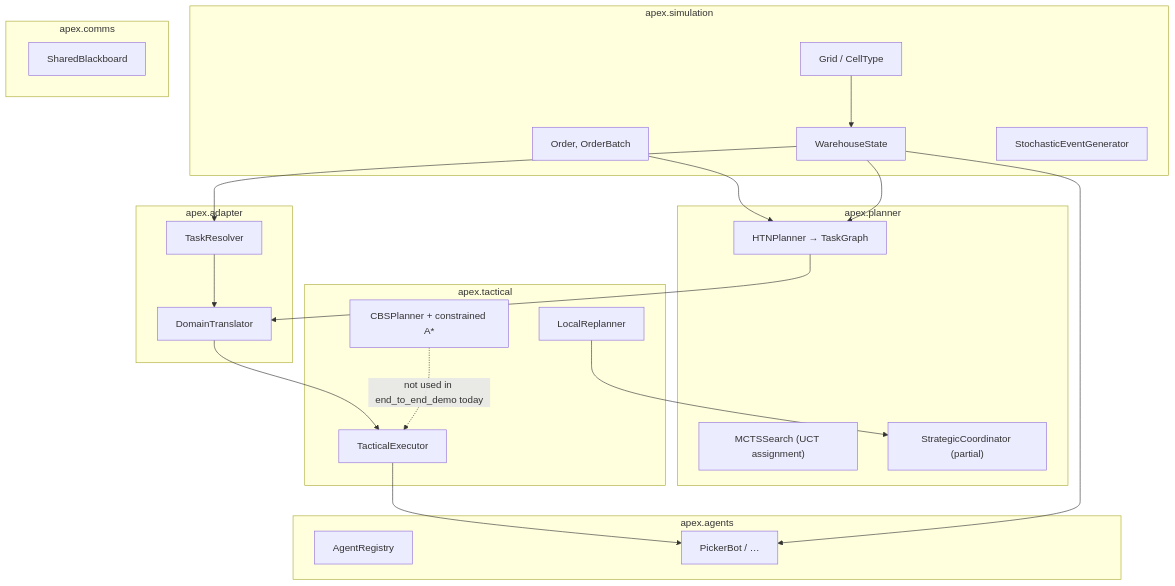
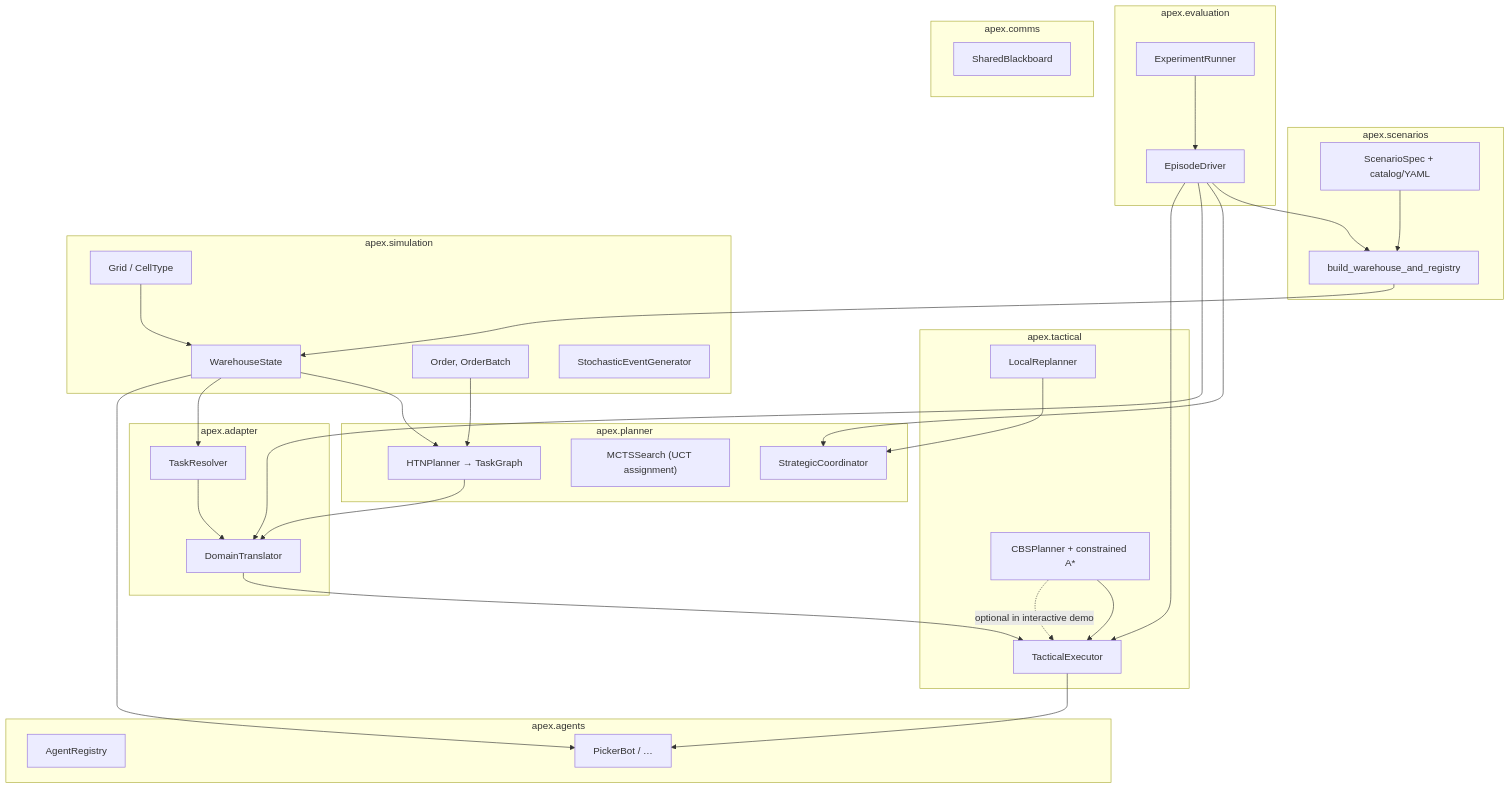
Before and after one commit to kmn01/APEX: the diagram in docs/Codebase_Guide.md, drawn with Mermaid. The commit also changed other lines of this file and 29 other files, not shown here.

Commit message:
Add video recording capability and suite of evaluation test scenarios. Fix bugs.

````diff
--- a/docs/Codebase_Guide.md
+++ b/docs/Codebase_Guide.md
@@ -36,47 +36,65 @@
 ```mermaid
 flowchart TB
+  subgraph scen["apex.scenarios"]
+    Spec["ScenarioSpec + catalog/YAML"]
+    Bld["build_warehouse_and_registry"]
+  end
+
   subgraph sim["apex.simulation"]
     Grid["Grid / CellType"]
     WS["WarehouseState"]
     Ord["Order, OrderBatch"]
     Ev["StochasticEventGenerator"]
   end
 
   subgraph plan["apex.planner"]
     HTN["HTNPlanner → TaskGraph"]
     MCTS["MCTSSearch (UCT assignment)"]
-    Coord["StrategicCoordinator (partial)"]
+    Coord["StrategicCoordinator"]
   end
 
   subgraph adapt["apex.adapter"]
     Res["TaskResolver"]
     Tr["DomainTranslator"]
   end
 
   subgraph tact["apex.tactical"]
     Ex["TacticalExecutor"]
     PF["CBSPlanner + constrained A*"]
     Rep["LocalReplanner"]
+  end
+
+  subgraph ev["apex.evaluation"]
+    Ep["EpisodeDriver"]
+    Run["ExperimentRunner"]
   end
 
   subgraph ag["apex.agents"]
     Reg["AgentRegistry"]
     Bot["PickerBot / …"]
   end
 
   subgraph com["apex.comms"]
     BB["SharedBlackboard"]
   end
 
   Ord --> HTN
   WS --> HTN
   HTN --> Tr
   Res --> Tr
   WS --> Res
   Tr --> Ex
   Ex --> Bot
   Grid --> WS
   WS --> Bot
   Rep --> Coord
-  PF -.->|"not used in end_to_end_demo today"| Ex
+  Spec --> Bld
+  Bld --> WS
+  Ep --> Bld
+  Ep --> Coord
+  Ep --> Tr
+  Ep --> Ex
+  Run --> Ep
+  PF --> Ex
+  PF -.->|"optional in interactive demo"| Ex
 ```
````
